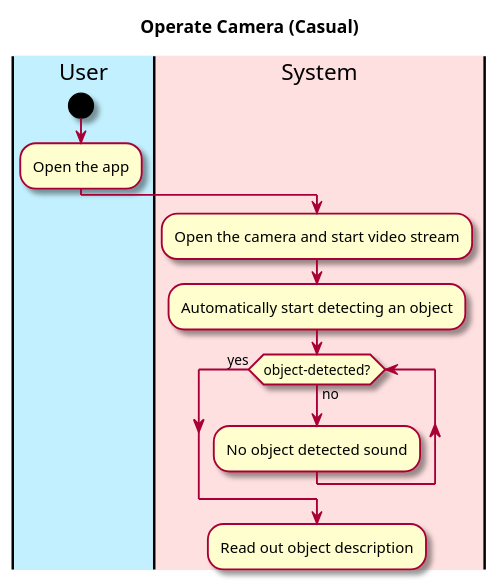
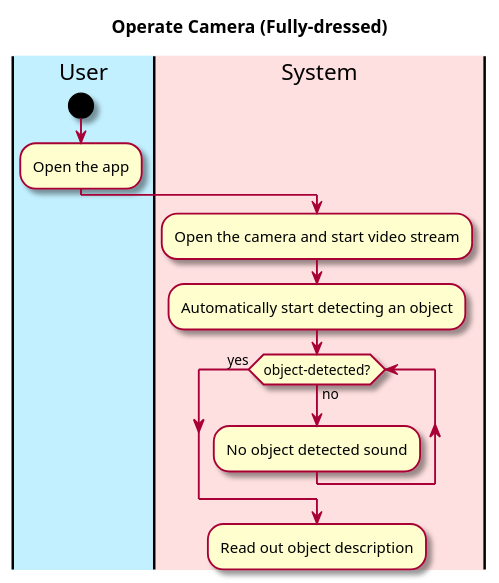
Before and after one commit to tonyh1306/OBRE-Vision-through-a-screen: the diagram in intellij/doc/use-cases/analyze-video.md, drawn with PlantUML.

Commit message:
made anaylze-video.md fully dresssed

````diff
--- a/intellij/doc/use-cases/analyze-video.md
+++ b/intellij/doc/use-cases/analyze-video.md
@@ -30,25 +30,25 @@
 ```plantuml
 @startuml
 
 skin rose
 
-title Operate Camera (Casual)
+title Operate Camera (Fully-dressed)
 
 'define the lanes
 |#application|User|
 |#implementation|System|
 
 |User|
 start
 :Open the app;
 
 |System|
 :Open the camera and start video stream;
 :Automatically start detecting an object;
 while (object-detected?) is (no)
 :No object detected sound;
 endwhile(yes)
 :Read out object description;
 
 @enduml
 ```
````
